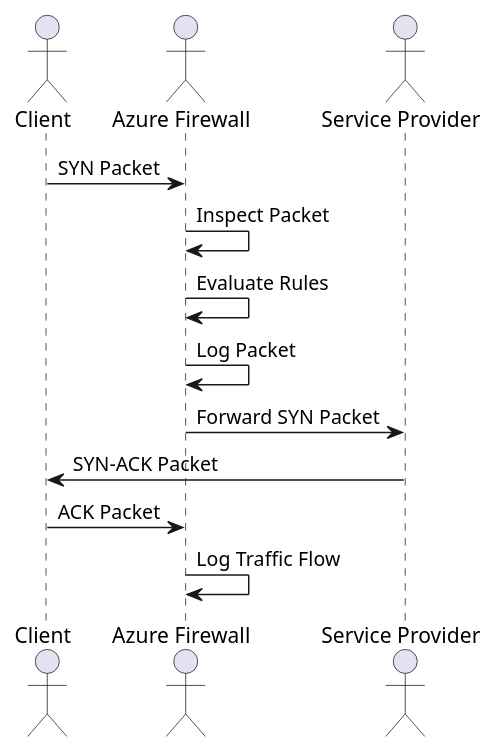
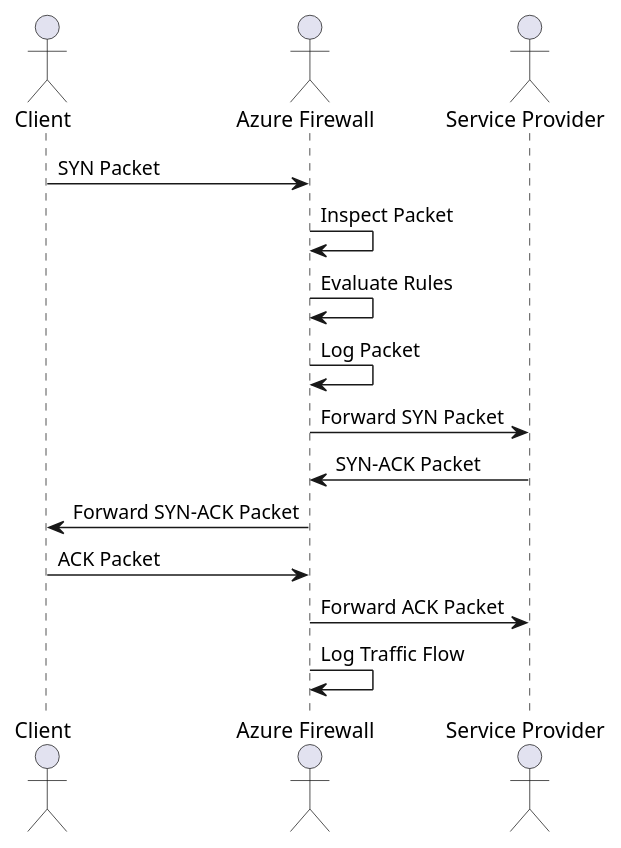
One commit to reachkvperumal/algorithm changed the diagram in TCP_FLOW.puml. Above: the diagram before and after it, drawn with PlantUML.

Commit message:
Medium Code sample

```diff
--- a/TCP_FLOW.puml
+++ b/TCP_FLOW.puml
@@ -1,17 +1,19 @@
 @startuml
 
 actor Client
 actor "Azure Firewall" as AF
 actor "Service Provider" as SP
 
 Client -> AF: SYN Packet
 AF -> AF: Inspect Packet
 AF -> AF: Evaluate Rules
 AF -> AF: Log Packet
 AF -> SP: Forward SYN Packet
 
-SP -> Client: SYN-ACK Packet
+SP -> AF: SYN-ACK Packet
+AF -> Client: Forward SYN-ACK Packet
 Client -> AF: ACK Packet
+AF -> SP: Forward ACK Packet
 AF -> AF: Log Traffic Flow
 
 @enduml
```
